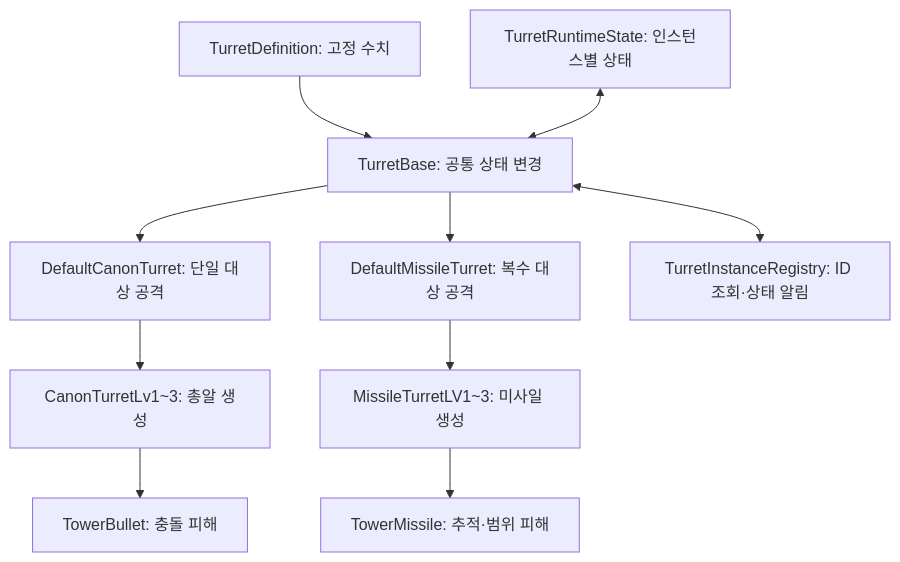
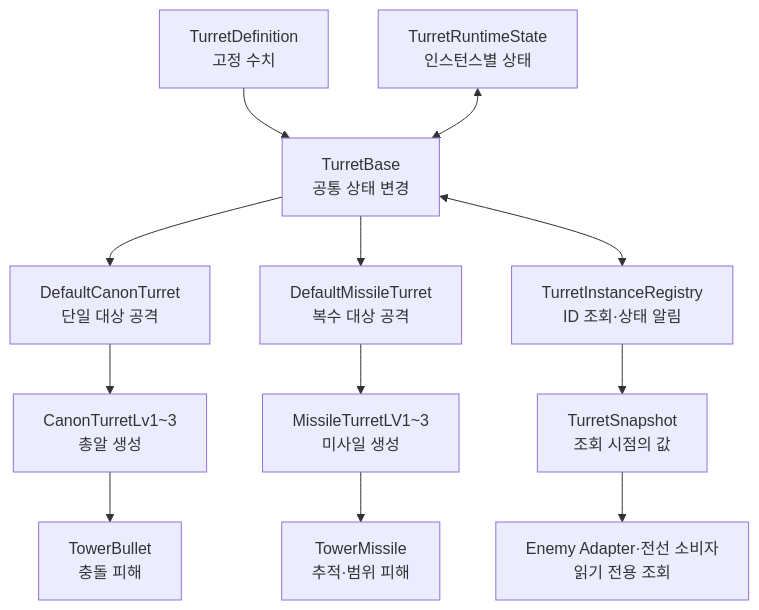
One commit to Team-HJD-21/unity-6-the-developer changed the first of 13 diagrams in Docs/architecture/turret-system-guide.md. Above: the diagram before and after it, drawn with Mermaid. The commit also changed other lines of this file and 74 other files, not shown here.

````diff
--- a/Docs/architecture/turret-system-guide.md
+++ b/Docs/architecture/turret-system-guide.md
@@ -44,12 +45,14 @@
 ```mermaid
 flowchart TD
-    Definition["TurretDefinition: 고정 수치"] --> Base["TurretBase: 공통 상태 변경"]
-    State["TurretRuntimeState: 인스턴스별 상태"] <--> Base
-    Base --> Canon["DefaultCanonTurret: 단일 대상 공격"]
-    Base --> Missile["DefaultMissileTurret: 복수 대상 공격"]
-    Canon --> CanonLv["CanonTurretLv1~3: 총알 생성"]
-    Missile --> MissileLv["MissileTurretLV1~3: 미사일 생성"]
-    CanonLv --> Bullet["TowerBullet: 충돌 피해"]
-    MissileLv --> Projectile["TowerMissile: 추적·범위 피해"]
-    Base <--> Registry["TurretInstanceRegistry: ID 조회·상태 알림"]
+    Definition["TurretDefinition<br>고정 수치"] --> Base["TurretBase<br>공통 상태 변경"]
+    State["TurretRuntimeState<br>인스턴스별 상태"] <--> Base
+    Base --> Canon["DefaultCanonTurret<br>단일 대상 공격"]
+    Base --> Missile["DefaultMissileTurret<br>복수 대상 공격"]
+    Canon --> CanonLv["CanonTurretLv1~3<br>총알 생성"]
+    Missile --> MissileLv["MissileTurretLV1~3<br>미사일 생성"]
+    CanonLv --> Bullet["TowerBullet<br>충돌 피해"]
+    MissileLv --> Projectile["TowerMissile<br>추적·범위 피해"]
+    Base <--> Registry["TurretInstanceRegistry<br>ID 조회·상태 알림"]
+    Registry --> Snapshot["TurretSnapshot<br>조회 시점의 값"]
+    Snapshot --> Consumers["Enemy Adapter·전선 소비자<br>읽기 전용 조회"]
 ```
````
